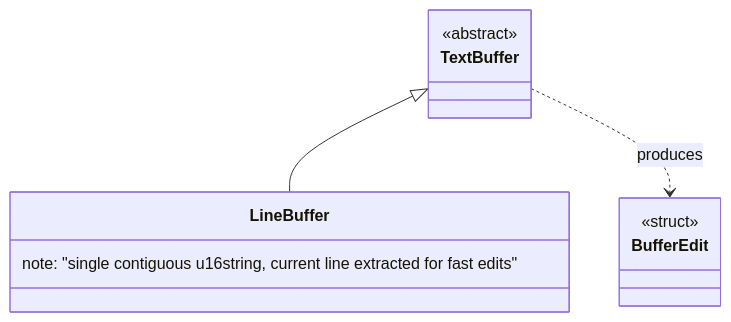
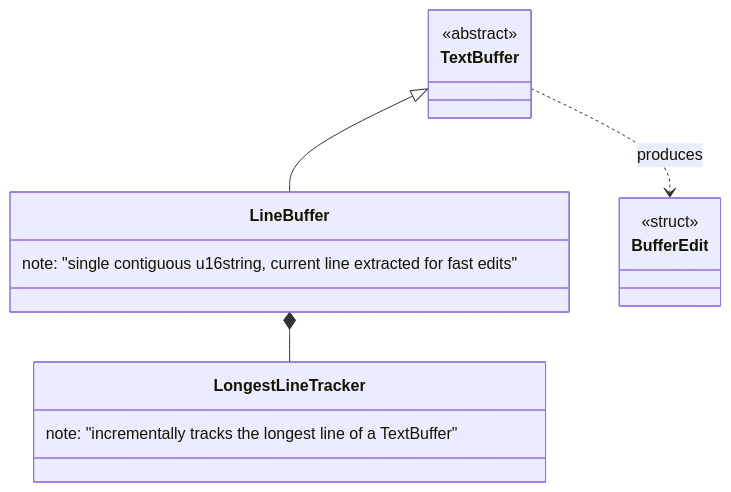
One commit to notnotme/bbloc changed the third of 10 diagrams in docs/class_diagram.md. Above: the diagram before and after it, drawn with Mermaid. The commit also changed other lines of this file and 1 other file, not shown here.

Commit message:
Require class diagram updates before commits, sync diagram with code

````diff
--- a/docs/class_diagram.md
+++ b/docs/class_diagram.md
@@ -69,15 +69,19 @@
 ```mermaid
 classDiagram
     class TextBuffer {
         <<abstract>>
     }
     class LineBuffer {
         note: "single contiguous u16string, current line extracted for fast edits"
     }
+    class LongestLineTracker {
+        note: "incrementally tracks the longest line of a TextBuffer"
+    }
     class BufferEdit {
         <<struct>>
     }
 
     TextBuffer <|-- LineBuffer
+    LineBuffer *-- LongestLineTracker
     TextBuffer ..> BufferEdit : produces
 ```
````
